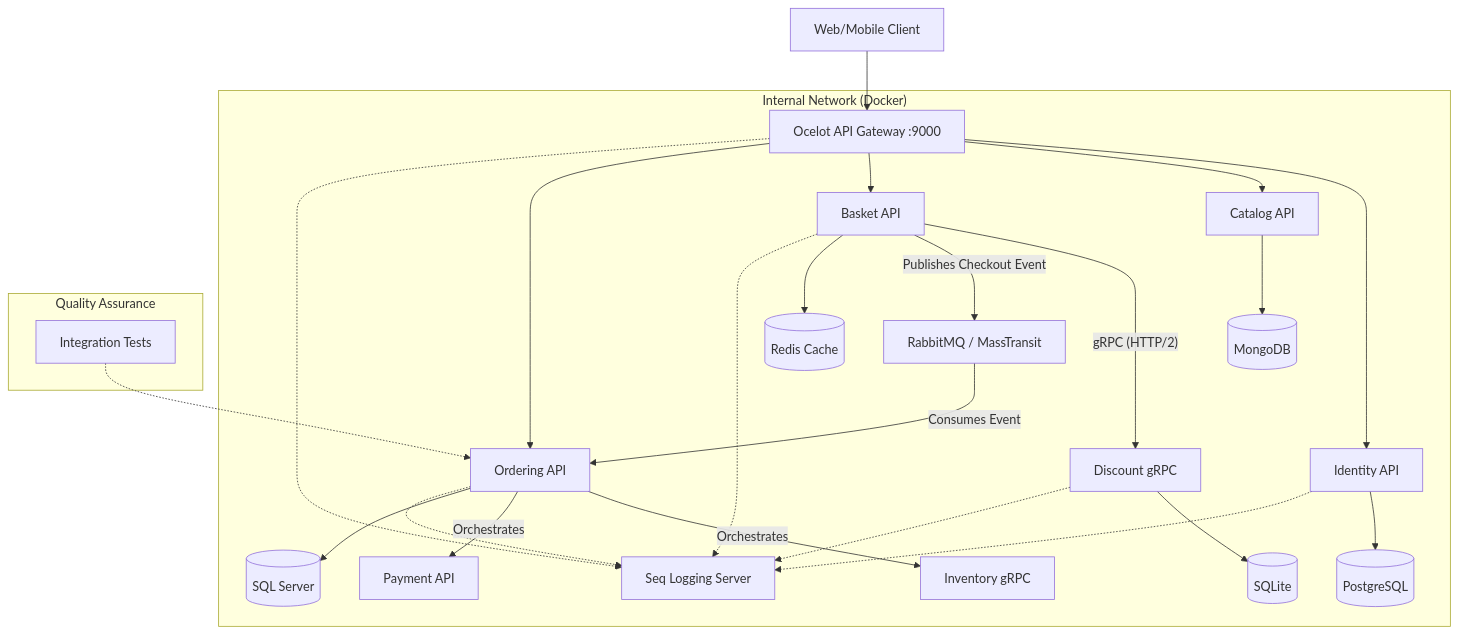
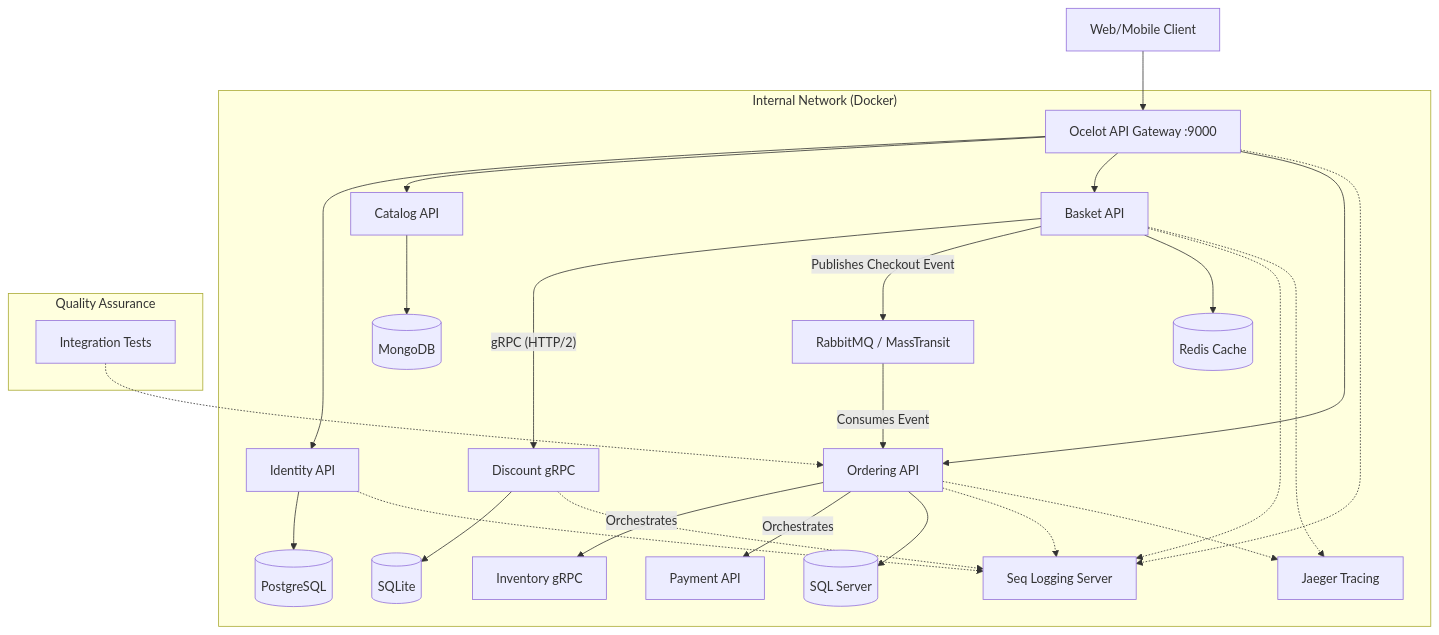
Before and after one commit to amirhosein2015/CoreSupply: the diagram in README.md, drawn with Mermaid. The commit also changed other lines of this file, not shown here.

````diff
--- a/README.md
+++ b/README.md
@@ -37,38 +36,42 @@
 ```mermaid
 graph TD
     Client[Web/Mobile Client] --> Gateway[Ocelot API Gateway :9000]
     
     subgraph "Internal Network (Docker)"
         Gateway --> Identity[Identity API]
         Gateway --> Catalog[Catalog API]
         Gateway --> Basket[Basket API]
         Gateway --> Ordering[Ordering API]
         
         %% Synchronous Communication
         Basket -- gRPC (HTTP/2) --> Discount[Discount gRPC]
         Discount --> SQLite[(SQLite)]
 
         %% Asynchronous Communication
         Basket -- Publishes Checkout Event --> EventBus[RabbitMQ / MassTransit]
         EventBus -- Consumes Event --> Ordering
         Ordering -- Orchestrates --> Inventory[Inventory gRPC]
         Ordering -- Orchestrates --> Payment[Payment API]
         
         %% Data Stores
         Identity --> AuthDB[(PostgreSQL)]
         Catalog --> CatDB[(MongoDB)]
         Basket --> Redis[(Redis Cache)]
         Ordering --> OrderDB[(SQL Server)]
         
         %% Observability
         Ordering -.-> Seq[Seq Logging Server]
         Basket -.-> Seq
         Identity -.-> Seq
         Gateway -.-> Seq
         Discount -.-> Seq
+        
+        %% Tracing
+        Ordering -.-> Jaeger[Jaeger Tracing]
+        Basket -.-> Jaeger
     end
     
     subgraph "Quality Assurance"
         Tests[Integration Tests] -.-> Ordering
     end
 ```
````
